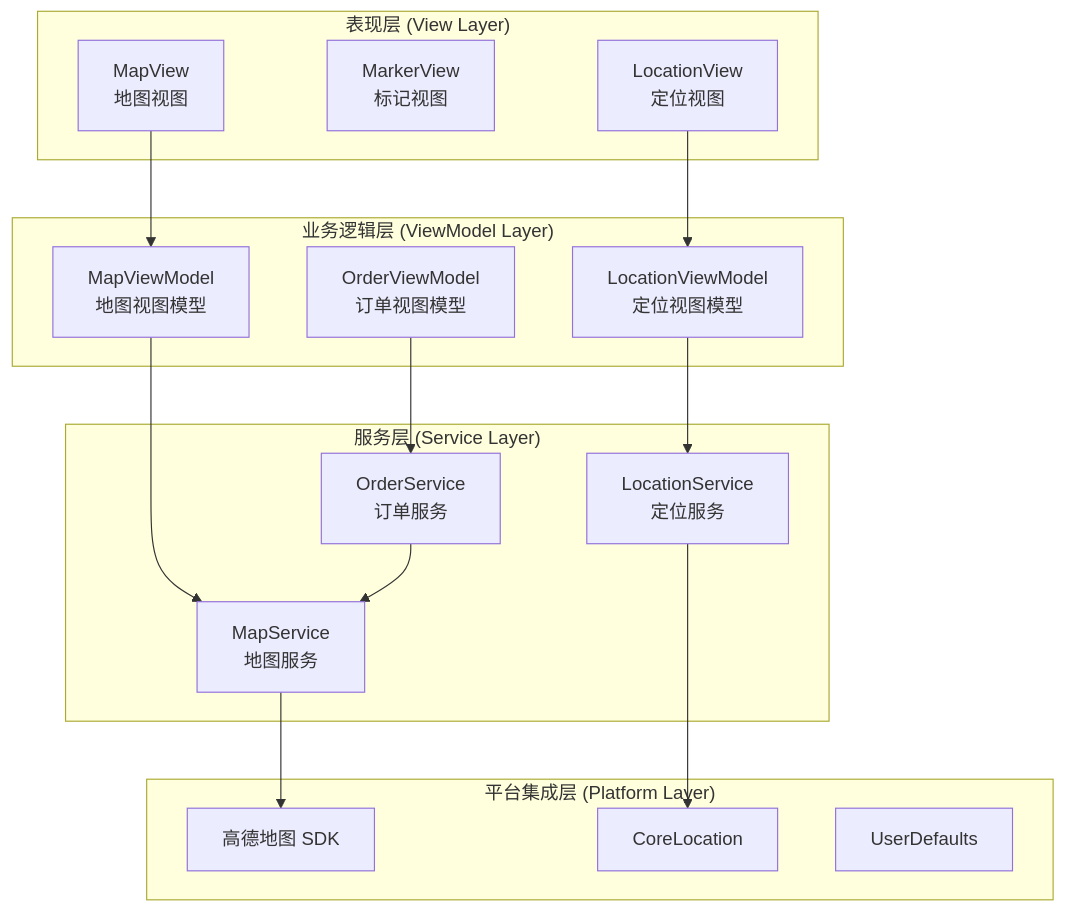
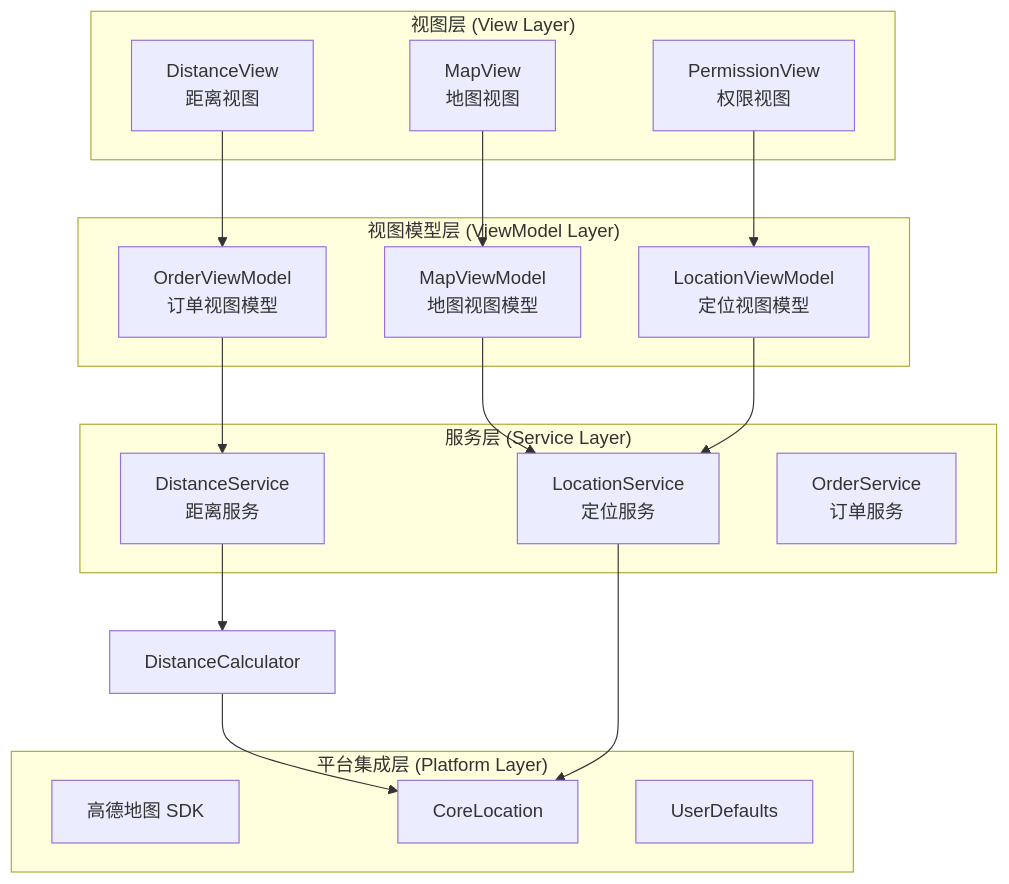
Before and after one commit to Jayden23018/blind-run-ios: the second of 7 diagrams in .qoder/repowiki/zh/content/架构设计/模块化架构设计/Map 地图模块.md, drawn with Mermaid. The commit also changed other lines of this file and 55 other files, not shown here.

````diff
--- a/.qoder/repowiki/zh/content/架构设计/模块化架构设计/Map 地图模块.md
+++ b/.qoder/repowiki/zh/content/架构设计/模块化架构设计/Map 地图模块.md
@@ -126,31 +181,32 @@
 ```mermaid
 graph TB
-subgraph "表现层 (View Layer)"
+subgraph "视图层 (View Layer)"
 MapView[MapView<br/>地图视图]
-MarkerView[MarkerView<br/>标记视图]
-LocationView[LocationView<br/>定位视图]
+PermissionView[PermissionView<br/>权限视图]
+DistanceView[DistanceView<br/>距离视图]
 end
-subgraph "业务逻辑层 (ViewModel Layer)"
+subgraph "视图模型层 (ViewModel Layer)"
 MapViewModel[MapViewModel<br/>地图视图模型]
 LocationViewModel[LocationViewModel<br/>定位视图模型]
 OrderViewModel[OrderViewModel<br/>订单视图模型]
 end
 subgraph "服务层 (Service Layer)"
-MapService[MapService<br/>地图服务]
 LocationService[LocationService<br/>定位服务]
+DistanceService[DistanceService<br/>距离服务]
 OrderService[OrderService<br/>订单服务]
 end
 subgraph "平台集成层 (Platform Layer)"
 AMapSDK[高德地图 SDK]
 CoreLocation[CoreLocation]
 UserDefaults[UserDefaults]
 end
 MapView --> MapViewModel
-MapViewModel --> MapService
-MapService --> AMapSDK
-LocationView --> LocationViewModel
+PermissionView --> LocationViewModel
+DistanceView --> OrderViewModel
+MapViewModel --> LocationService
 LocationViewModel --> LocationService
+OrderViewModel --> DistanceService
+DistanceService --> DistanceCalculator
+DistanceCalculator --> CoreLocation
 LocationService --> CoreLocation
-OrderViewModel --> OrderService
-OrderService --> MapService
 ```
````
